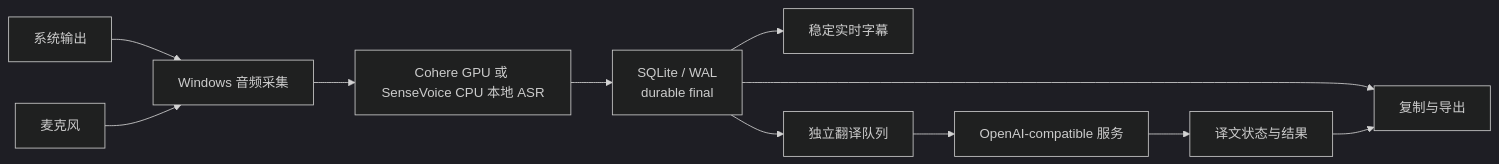
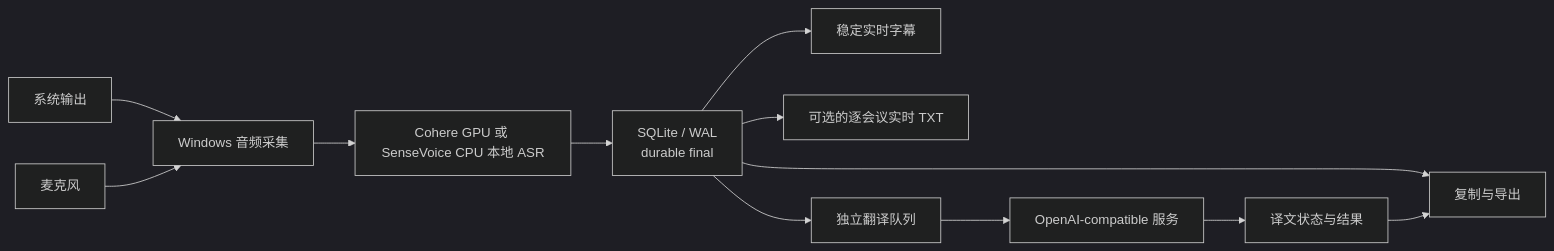
One commit to AsaZhou923/MeetingRelay changed the diagram in README.zh-CN.md. Above: the diagram before and after it, drawn with Mermaid (dark theme). The commit also changed other lines of this file and 17 other files, not shown here.

````diff
--- a/README.zh-CN.md
+++ b/README.zh-CN.md
@@ -50,13 +53,14 @@
 ```mermaid
 flowchart LR
     SYS["系统输出"] --> CAP["Windows 音频采集"]
     MIC["麦克风"] --> CAP
     CAP --> ASR["Cohere GPU 或 SenseVoice CPU 本地 ASR"]
     ASR --> DB["SQLite / WAL<br/>durable final"]
     DB --> UI["稳定实时字幕"]
+    DB --> TXT["可选的逐会议实时 TXT"]
     DB --> TQ["独立翻译队列"]
     TQ --> LLM["OpenAI-compatible 服务"]
     LLM --> TR["译文状态与结果"]
     DB --> OUT["复制与导出"]
     TR --> OUT
 ```
````
